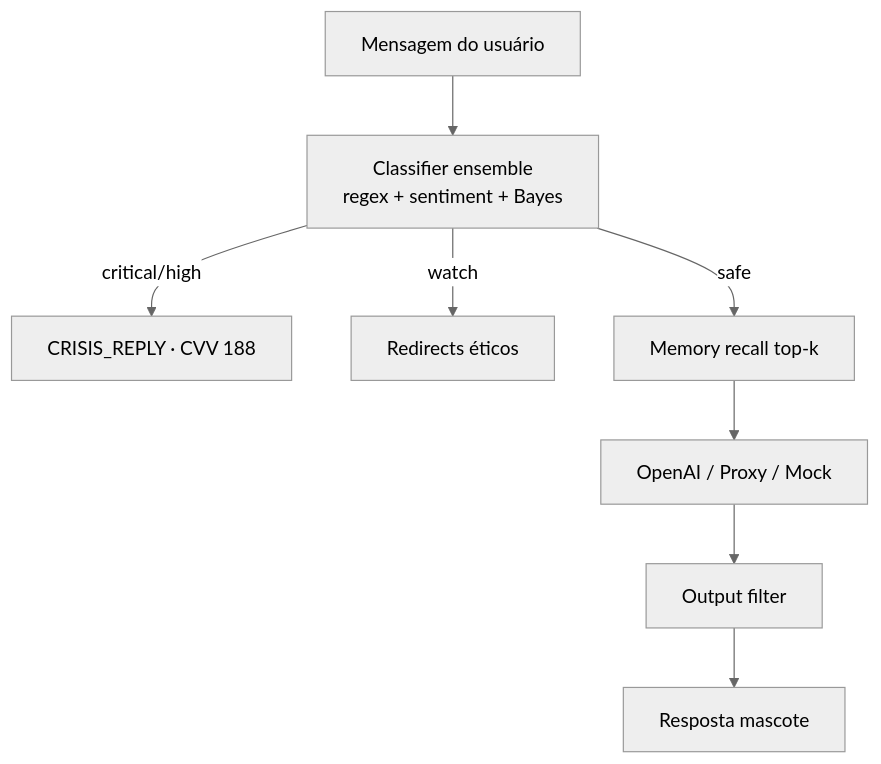
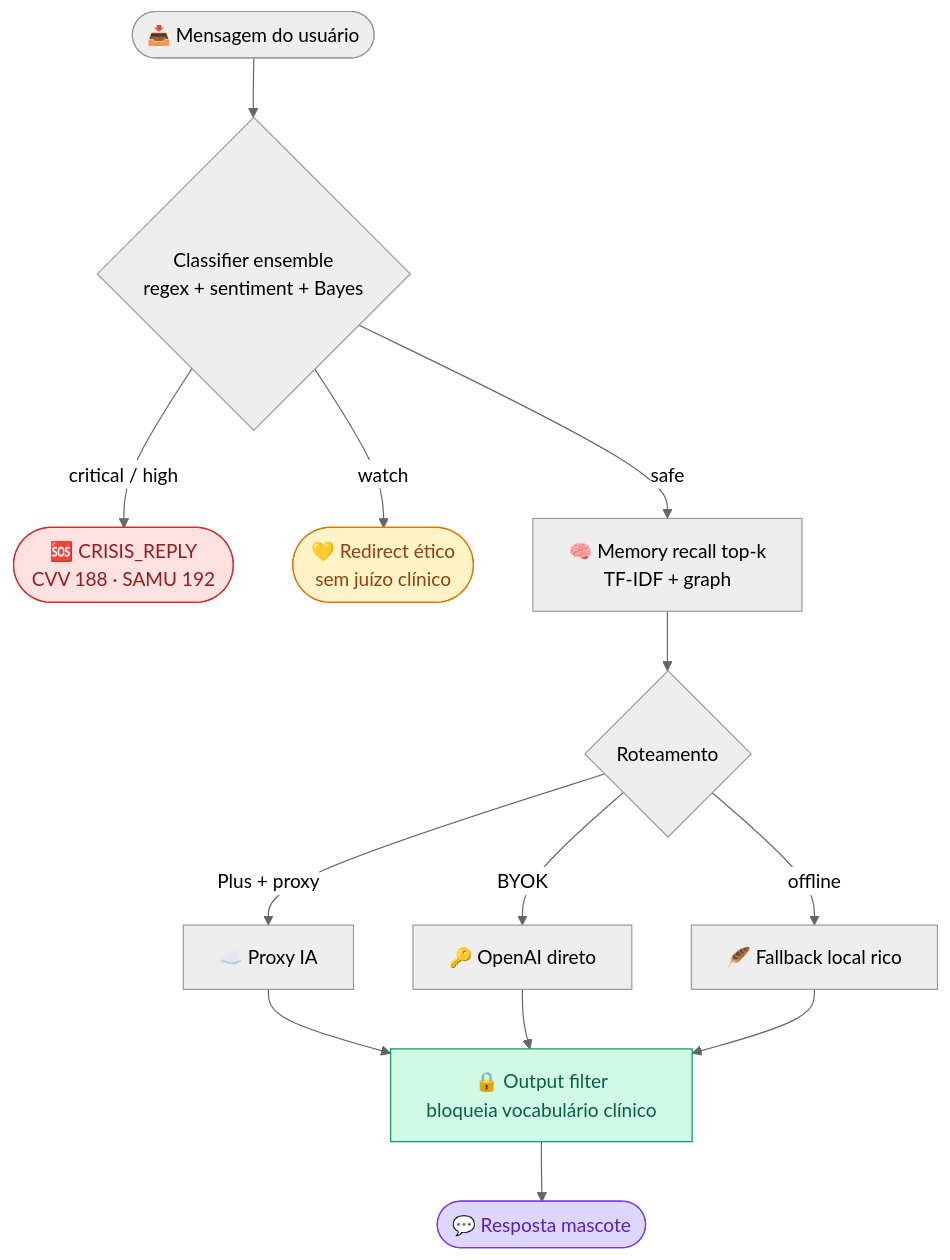
Before and after one commit to felipemenezes25000-spec/mascote: the fourth of 4 diagrams in README.md, drawn with Mermaid (neutral theme). The commit also changed other lines of this file, not shown here.

Commit message:
docs(readme): hero with logo, gallery, mermaid diagrams, star history

````diff
--- a/README.md
+++ b/README.md
@@ -237,11 +457,21 @@
 ```mermaid
 flowchart TD
-  IN[Mensagem do usuário]
-  IN --> L1[Classifier ensemble<br/>regex + sentiment + Bayes]
-  L1 -->|critical/high| CR[CRISIS_REPLY · CVV 188]
-  L1 -->|watch| WR[Redirects éticos]
-  L1 -->|safe| MEM[Memory recall top-k]
-  MEM --> API[OpenAI / Proxy / Mock]
-  API --> OUT[Output filter]
-  OUT --> R[Resposta mascote]
+  IN([📥 Mensagem do usuário])
+  IN --> L1{Classifier ensemble<br/>regex + sentiment + Bayes}
+  L1 -->|critical / high| CR([🆘 CRISIS_REPLY<br/>CVV 188 · SAMU 192])
+  L1 -->|watch| WR([💛 Redirect ético<br/>sem juízo clínico])
+  L1 -->|safe| MEM[🧠 Memory recall top-k<br/>TF-IDF + graph]
+  MEM --> ROUTE{Roteamento}
+  ROUTE -->|Plus + proxy| API1[☁️ Proxy IA]
+  ROUTE -->|BYOK| API2[🔑 OpenAI direto]
+  ROUTE -->|offline| API3[🪶 Fallback local rico]
+  API1 --> OUT
+  API2 --> OUT
+  API3 --> OUT
+  OUT[🔒 Output filter<br/>bloqueia vocabulário clínico] --> R([💬 Resposta mascote])
+
+  style CR fill:#FEE2E2,stroke:#DC2626,color:#991B1B
+  style WR fill:#FEF3C7,stroke:#D97706,color:#92400E
+  style OUT fill:#D1FAE5,stroke:#059669,color:#065F46
+  style R fill:#DDD6FE,stroke:#7C3AED,color:#5B21B6
 ```
````
